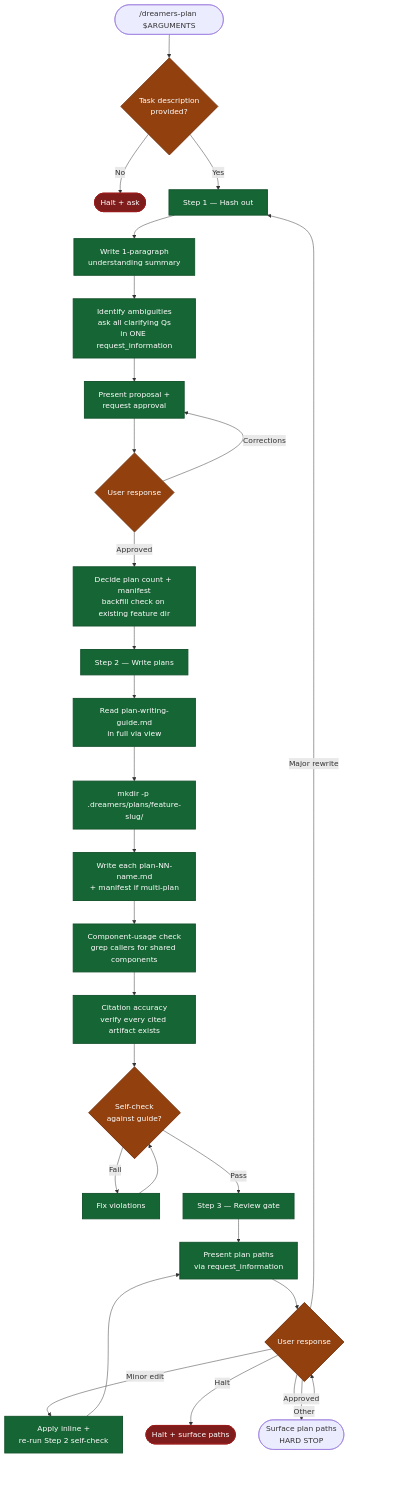
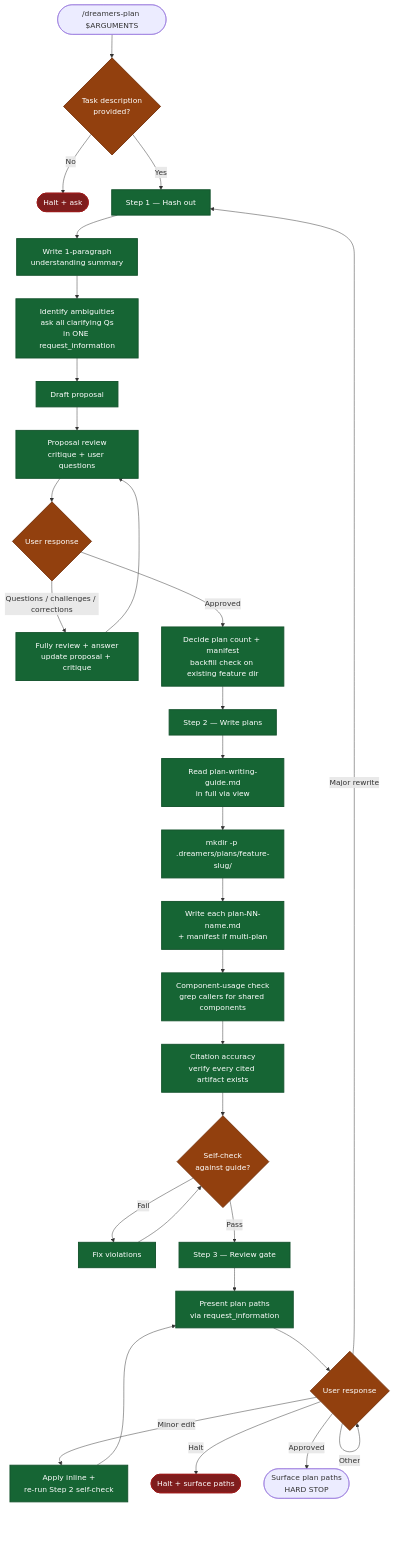
The diagram in .github/skills/dreamers-plan/readme.md (mrStorrs/dreamers-copilot), drawn with Mermaid before and after one commit. The commit also changed other lines of this file and 3 other files, not shown here.

First line of the commit message:
* docs: add planning proposal critique gate

````diff
--- a/.github/skills/dreamers-plan/readme.md
+++ b/.github/skills/dreamers-plan/readme.md
@@ -5,41 +5,43 @@
 ```mermaid
 flowchart TD
     Start(["/dreamers-plan $ARGUMENTS"]) --> ArgCheck{"Task description<br/>provided?"}
     ArgCheck -->|No| HaltA(["Halt + ask"])
     ArgCheck -->|Yes| S1
 
     S1["Step 1 — Hash out"] --> Summary["Write 1-paragraph<br/>understanding summary"]
     Summary --> Questions["Identify ambiguities<br/>ask all clarifying Qs<br/>in ONE request_information"]
-    Questions --> Proposal["Present proposal +<br/>request approval"]
-    Proposal --> ApprovalGate{"User response"}
-    ApprovalGate -->|Corrections| Proposal
+    Questions --> Draft["Draft proposal"]
+    Draft --> ReviewPhase["Proposal review<br/>critique + user questions"]
+    ReviewPhase --> ApprovalGate{"User response"}
+    ApprovalGate -->|"Questions / challenges / corrections"| Answer["Fully review + answer<br/>update proposal + critique"]
+    Answer --> ReviewPhase
     ApprovalGate -->|Approved| Decide["Decide plan count + manifest<br/>backfill check on existing feature dir"]
     Decide --> S2
 
     S2["Step 2 — Write plans"] --> ReadGuide["Read plan-writing-guide.md<br/>in full via view"]
     ReadGuide --> Mkdir["mkdir -p .dreamers/plans/feature-slug/"]
     Mkdir --> WritePlans["Write each plan-NN-name.md<br/>+ manifest if multi-plan"]
     WritePlans --> Component["Component-usage check<br/>grep callers for shared components"]
     Component --> Citation["Citation accuracy<br/>verify every cited artifact exists"]
     Citation --> SelfCheck{"Self-check<br/>against guide?"}
     SelfCheck -->|Fail| FixPlan["Fix violations"]
     FixPlan --> SelfCheck
     SelfCheck -->|Pass| S3
 
     S3["Step 3 — Review gate"] --> Present["Present plan paths<br/>via request_information"]
     Present --> Review{"User response"}
     Review -->|Minor edit| MinorFix["Apply inline +<br/>re-run Step 2 self-check"]
     MinorFix --> Present
     Review -->|Major rewrite| S1
     Review -->|Halt| HaltB(["Halt + surface paths"])
     Review -->|Other| Review
     Review -->|Approved| End(["Surface plan paths<br/>HARD STOP"])
 
     classDef gate fill:#92400e,stroke:#78350f,stroke-width:2px,color:#fff
     classDef halt fill:#7f1d1d,stroke:#991b1b,stroke-width:2px,color:#fff
     classDef phase fill:#166534,stroke:#14532d,stroke-width:2px,color:#fff
 
     class ArgCheck,ApprovalGate,SelfCheck,Review gate
     class HaltA,HaltB halt
-    class S1,S2,S3,Summary,Questions,Proposal,Decide,ReadGuide,Mkdir,WritePlans,Component,Citation,FixPlan,Present,MinorFix phase
+    class S1,S2,S3,Summary,Questions,Draft,ReviewPhase,Answer,Decide,ReadGuide,Mkdir,WritePlans,Component,Citation,FixPlan,Present,MinorFix phase
 ```
````
